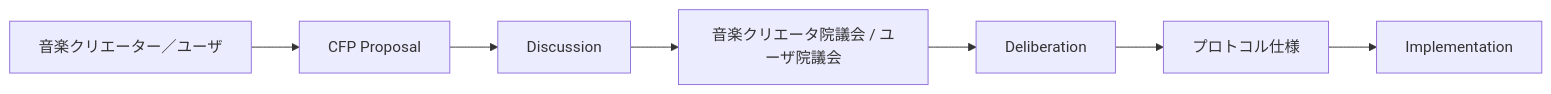
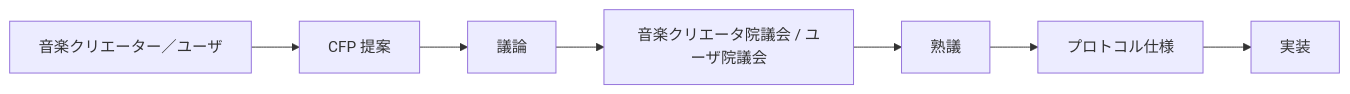
One commit to ShigeichiroYamasaki/creator-first-platform changed the first of 3 diagrams in docs/proposals/index.md. Above: the diagram before and after it, drawn with Mermaid. The commit also changed other lines of this file and 72 other files, not shown here.

````diff
--- a/docs/proposals/index.md
+++ b/docs/proposals/index.md
@@ -21,12 +21,12 @@
 ```mermaid
 flowchart LR
     CU[音楽クリエーター／ユーザ]
-    CFP[CFP Proposal]
-    DISCUSS[Discussion]
+    CFP[CFP 提案]
+    DISCUSS[議論]
     PARL[音楽クリエータ院議会 / ユーザ院議会]
-    DELIB[Deliberation]
+    DELIB[熟議]
     SPEC[プロトコル仕様]
-    CODE[Implementation]
+    CODE[実装]
 
     CU --> CFP --> DISCUSS --> PARL --> DELIB --> SPEC --> CODE
 ```
````
